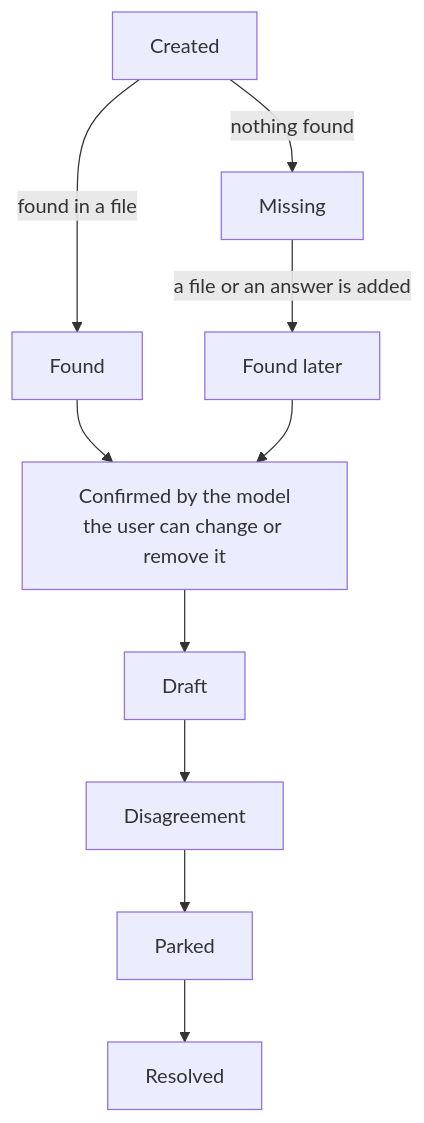
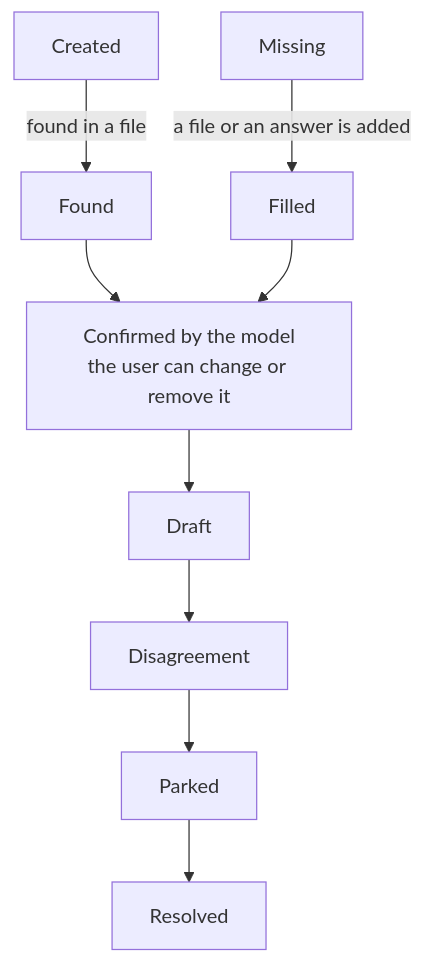
Before and after one commit to Open-Earth-Foundation/CityCatalyst: the third of 5 diagrams in docs/ContextFirstCoreArchitecture.md, drawn with Mermaid. The commit also changed other lines of this file, not shown here.

Commit message:
docs(agentic): a point starts as created or missing

````diff
--- a/docs/ContextFirstCoreArchitecture.md
+++ b/docs/ContextFirstCoreArchitecture.md
@@ -221,8 +221,7 @@
 ```mermaid
 flowchart TB
   C["Created"] -->|"found in a file"| F1["Found"]
-  C -->|"nothing found"| M["Missing"]
-  M -->|"a file or an answer is added"| F2["Found later"]
+  M["Missing"] -->|"a file or an answer is added"| F2["Filled"]
   F1 & F2 --> OK["Confirmed by the model<br/>the user can change or remove it"]
   OK --> DR["Draft"] --> DI["Disagreement"] --> PA["Parked"] --> RE["Resolved"]
 ```
````
